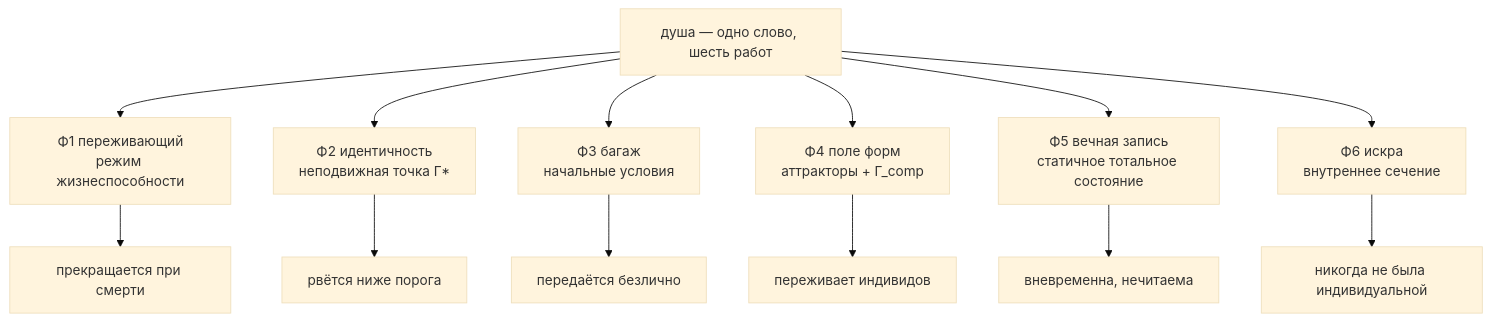
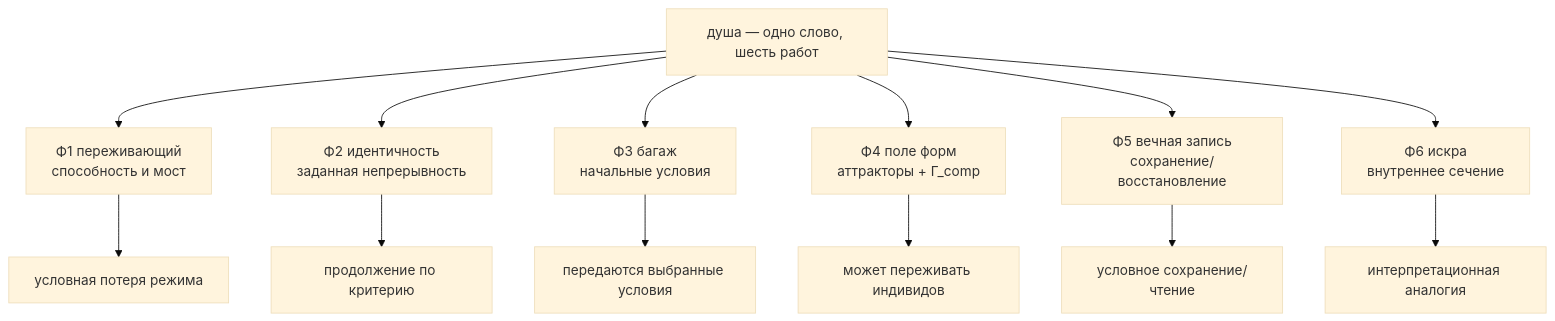
One commit to gst-st/uhm changed the diagram in website/i18n/ru/docusaurus-plugin-content-docs/current/consciousness/comparative/soul-decomposition.md. Above: the diagram before and after it, drawn with Mermaid (base theme). The commit also changed other lines of this file and 41 other files, not shown here.

````diff
--- a/website/i18n/ru/docusaurus-plugin-content-docs/current/consciousness/comparative/soul-decomposition.md
+++ b/website/i18n/ru/docusaurus-plugin-content-docs/current/consciousness/comparative/soul-decomposition.md
@@ -208,22 +197,22 @@
 ```mermaid
 graph TD
     SOUL["душа — одно слово, шесть работ"]
-    F1["Ф1 переживающий<br/>режим жизнеспособности"]
-    F2["Ф2 идентичность<br/>неподвижная точка Γ*"]
+    F1["Ф1 переживающий<br/>способность и мост"]
+    F2["Ф2 идентичность<br/>заданная непрерывность"]
     F3["Ф3 багаж<br/>начальные условия"]
     F4["Ф4 поле форм<br/>аттракторы + Γ_comp"]
-    F5["Ф5 вечная запись<br/>статичное тотальное состояние"]
+    F5["Ф5 вечная запись<br/>сохранение/восстановление"]
     F6["Ф6 искра<br/>внутреннее сечение"]
     SOUL --> F1
     SOUL --> F2
     SOUL --> F3
     SOUL --> F4
     SOUL --> F5
     SOUL --> F6
-    F1 --> D1["прекращается при смерти"]
-    F2 --> D2["рвётся ниже порога"]
-    F3 --> D3["передаётся безлично"]
-    F4 --> D4["переживает индивидов"]
-    F5 --> D5["вневременна, нечитаема"]
-    F6 --> D6["никогда не была индивидуальной"]
+    F1 --> D1["условная потеря режима"]
+    F2 --> D2["продолжение по критерию"]
+    F3 --> D3["передаются выбранные условия"]
+    F4 --> D4["может переживать индивидов"]
+    F5 --> D5["условное сохранение/чтение"]
+    F6 --> D6["интерпретационная аналогия"]
 ```
````
